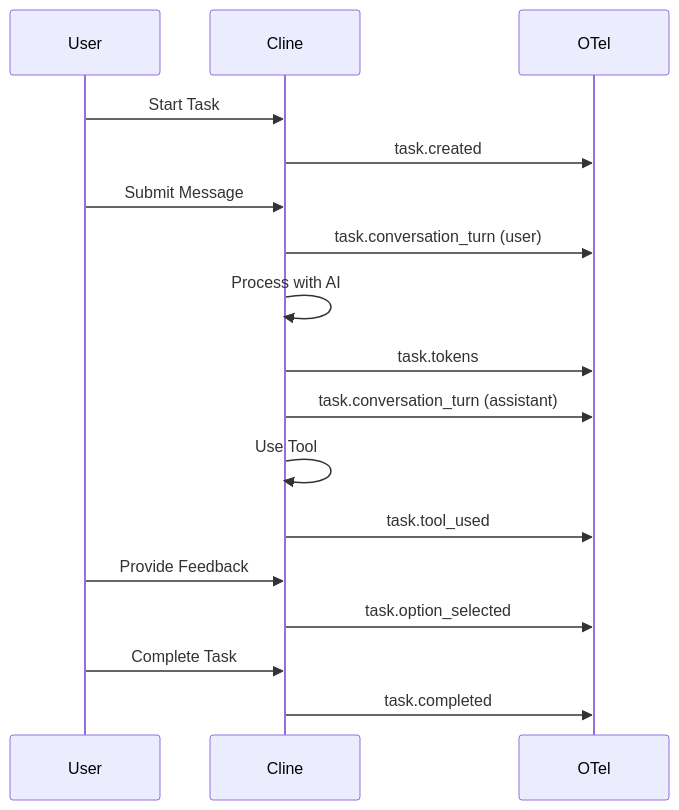
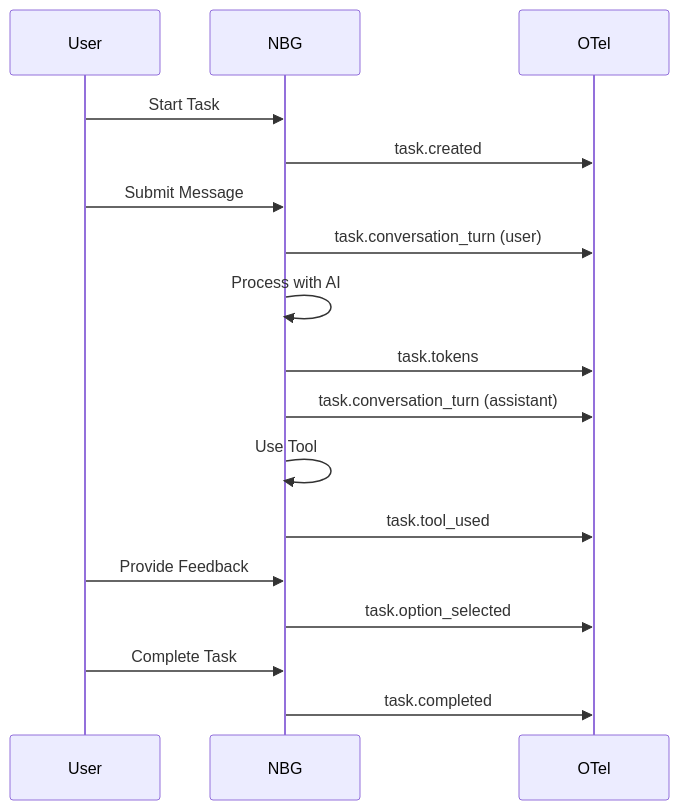
One commit to libUE4/NBG-CLI changed the diagram in docs/enterprise-solutions/monitoring/opentelemetry-events.mdx. Above: the diagram before and after it, drawn with Mermaid. The commit also changed other lines of this file and 3 other files, not shown here.

````diff
--- a/docs/enterprise-solutions/monitoring/opentelemetry-events.mdx
+++ b/docs/enterprise-solutions/monitoring/opentelemetry-events.mdx
@@ -391,25 +391,25 @@
 ```mermaid
 sequenceDiagram
     participant User
-    participant Cline
+    participant NBG
     participant OTel
 
-    User->>Cline: Start Task
-    Cline->>OTel: task.created
+    User->>NBG: Start Task
+    NBG->>OTel: task.created
     
-    User->>Cline: Submit Message
-    Cline->>OTel: task.conversation_turn (user)
+    User->>NBG: Submit Message
+    NBG->>OTel: task.conversation_turn (user)
     
-    Cline->>Cline: Process with AI
-    Cline->>OTel: task.tokens
-    Cline->>OTel: task.conversation_turn (assistant)
+    NBG->>NBG: Process with AI
+    NBG->>OTel: task.tokens
+    NBG->>OTel: task.conversation_turn (assistant)
     
-    Cline->>Cline: Use Tool
-    Cline->>OTel: task.tool_used
+    NBG->>NBG: Use Tool
+    NBG->>OTel: task.tool_used
     
-    User->>Cline: Provide Feedback
-    Cline->>OTel: task.option_selected
+    User->>NBG: Provide Feedback
+    NBG->>OTel: task.option_selected
     
-    User->>Cline: Complete Task
-    Cline->>OTel: task.completed
+    User->>NBG: Complete Task
+    NBG->>OTel: task.completed
 ```
````
